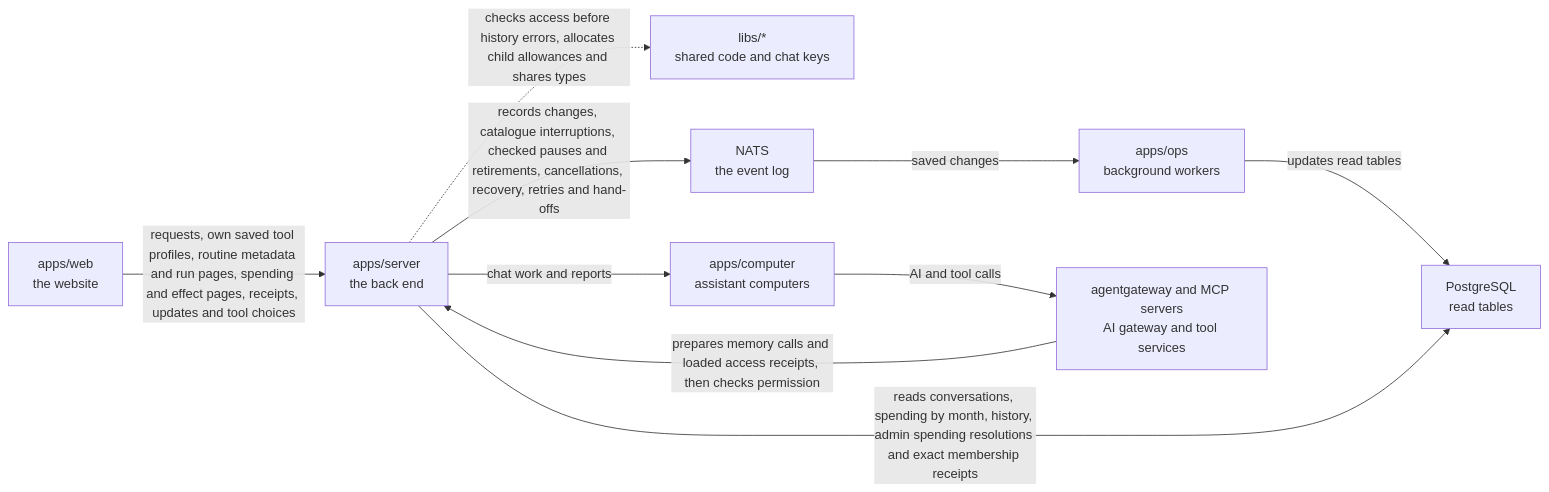
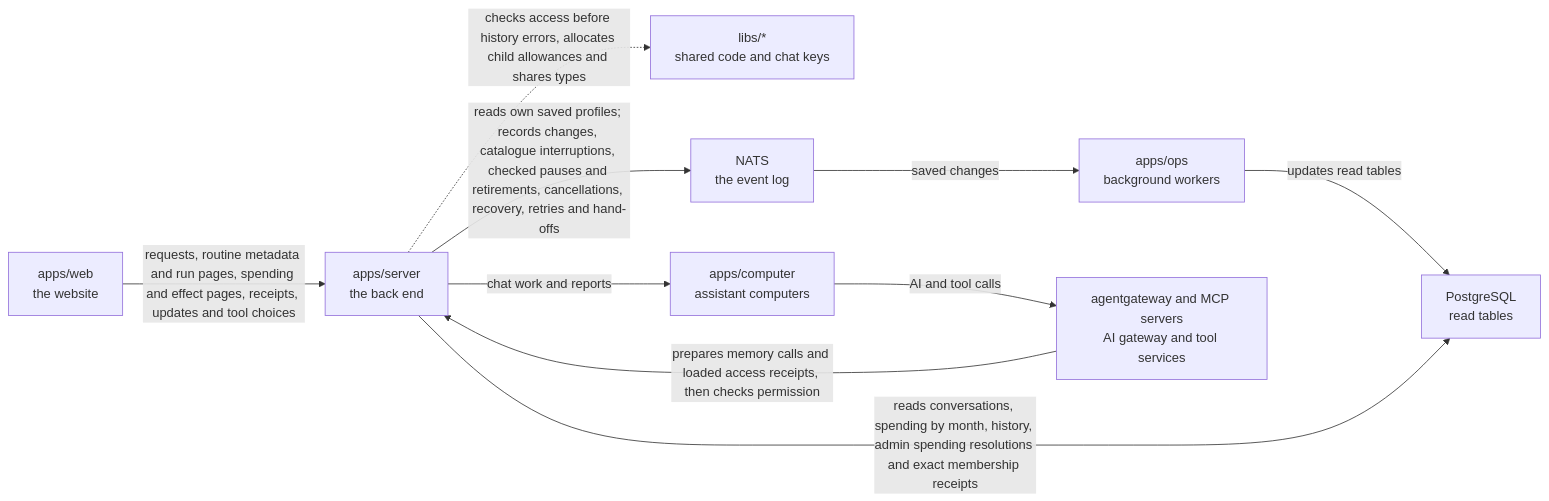
One commit to elewa-git/opencrane-new changed the diagram in apps/server/README.md. Above: the diagram before and after it, drawn with Mermaid. The commit also changed 1 other file, not shown here.

Commit message:
📖 Clarify the saved profile read diagrams

````diff
--- a/apps/server/README.md
+++ b/apps/server/README.md
@@ -57,12 +57,12 @@
 ```mermaid
 flowchart LR
-  web["apps/web<br/>the website"] -->|requests, own saved tool profiles, routine metadata and run pages, spending and effect pages, receipts, updates and tool choices| server["apps/server<br/>the back end"]
+  web["apps/web<br/>the website"] -->|requests, routine metadata and run pages, spending and effect pages, receipts, updates and tool choices| server["apps/server<br/>the back end"]
   server -.->|checks access before history errors, allocates child allowances and shares types| libs["libs/*<br/>shared code and chat keys"]
-  server -->|records changes, catalogue interruptions, checked pauses and retirements, cancellations, recovery, retries and hand-offs| nats["NATS<br/>the event log"]
+  server -->|reads own saved profiles; records changes, catalogue interruptions, checked pauses and retirements, cancellations, recovery, retries and hand-offs| nats["NATS<br/>the event log"]
   nats -->|saved changes| ops["apps/ops<br/>background workers"]
   ops -->|updates read tables| postgres["PostgreSQL<br/>read tables"]
   server -->|reads conversations, spending by month, history, admin spending resolutions and exact membership receipts| postgres
   server -->|chat work and reports| computer["apps/computer<br/>assistant computers"]
   computer -->|AI and tool calls| runtime["agentgateway and MCP servers<br/>AI gateway and tool services"]
   runtime -->|prepares memory calls and loaded access receipts, then checks permission| server
 ```
````
